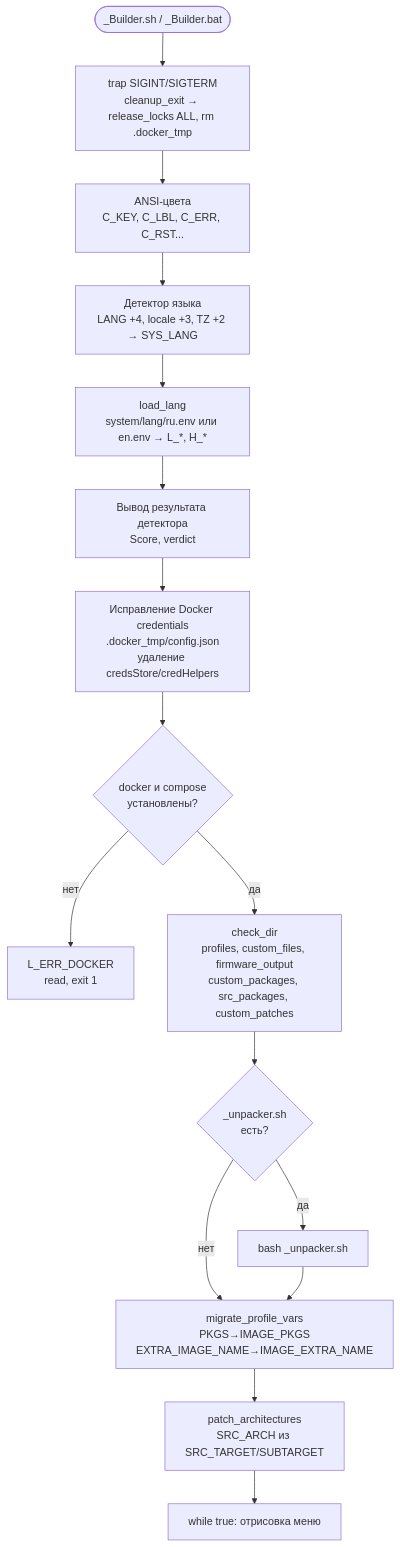
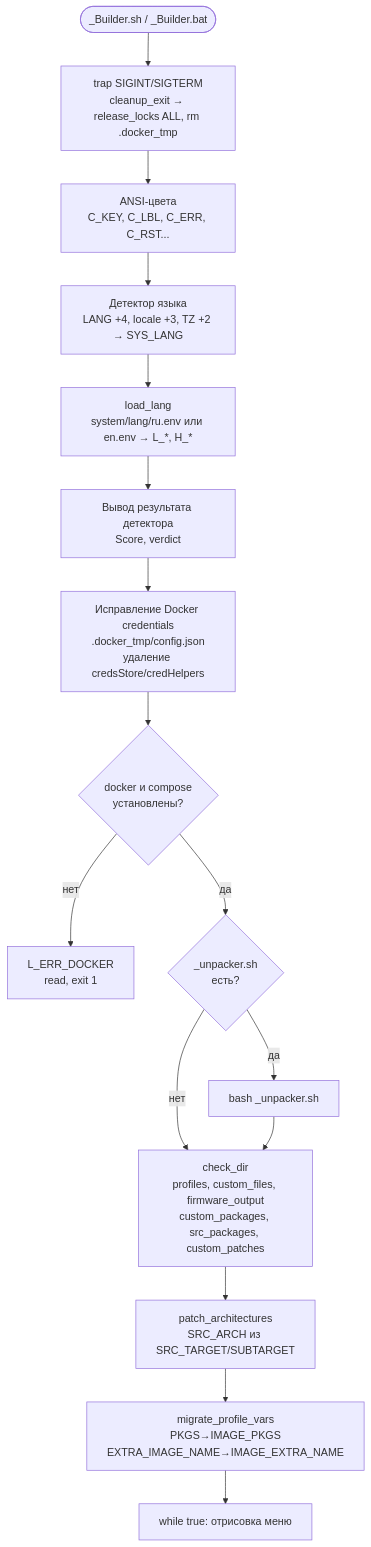
Before and after one commit to iqubik/routerFW: the sixth of 10 diagrams in docs/ARCHITECTURE_diagram.md, drawn with Mermaid. The commit also changed other lines of this file and 3 other files, not shown here.

Commit message:
diagram fix

````diff
--- a/docs/ARCHITECTURE_diagram.md
+++ b/docs/ARCHITECTURE_diagram.md
@@ -191,18 +196,18 @@
 ```mermaid
 flowchart TD
     START([_Builder.sh / _Builder.bat]) --> TRAP[trap SIGINT/SIGTERM\ncleanup_exit → release_locks ALL, rm .docker_tmp]
     TRAP --> COLORS[ANSI-цвета\nC_KEY, C_LBL, C_ERR, C_RST...]
     COLORS --> LANG_DET[Детектор языка\nLANG +4, locale +3, TZ +2 → SYS_LANG]
     LANG_DET --> LOAD_LANG[load_lang\nsystem/lang/ru.env или en.env → L_*, H_*]
     LOAD_LANG --> LANG_OUT[Вывод результата детектора\nScore, verdict]
     LANG_OUT --> DOCKER_CFG[Исправление Docker credentials\n.docker_tmp/config.json\nудаление credsStore/credHelpers]
     DOCKER_CFG --> DOCKER_CHK{docker и compose\nустановлены?}
     DOCKER_CHK --> |нет| EXIT_DOCKER[L_ERR_DOCKER\nread, exit 1]
-    DOCKER_CHK --> |да| INIT_DIRS[check_dir\nprofiles, custom_files, firmware_output\ncustom_packages, src_packages, custom_patches]
-    INIT_DIRS --> UNPACK{_unpacker.sh\nесть?}
+    DOCKER_CHK --> |да| UNPACK{_unpacker.sh\nесть?}
     UNPACK --> |да| RUN_UNPACK[bash _unpacker.sh]
-    UNPACK --> |нет| MIGRATE
-    RUN_UNPACK --> MIGRATE[migrate_profile_vars\nPKGS→IMAGE_PKGS\nEXTRA_IMAGE_NAME→IMAGE_EXTRA_NAME]
-    MIGRATE --> PATCH_ARCH[patch_architectures\nSRC_ARCH из SRC_TARGET/SUBTARGET]
-    PATCH_ARCH --> MENU_LOOP[while true: отрисовка меню]
+    UNPACK --> |нет| INIT_DIRS
+    RUN_UNPACK --> INIT_DIRS[check_dir\nprofiles, custom_files, firmware_output\ncustom_packages, src_packages, custom_patches]
+    INIT_DIRS --> PATCH_ARCH[patch_architectures\nSRC_ARCH из SRC_TARGET/SUBTARGET]
+    PATCH_ARCH --> MIGRATE[migrate_profile_vars\nPKGS→IMAGE_PKGS\nEXTRA_IMAGE_NAME→IMAGE_EXTRA_NAME]
+    MIGRATE --> MENU_LOOP[while true: отрисовка меню]
 ```
````
